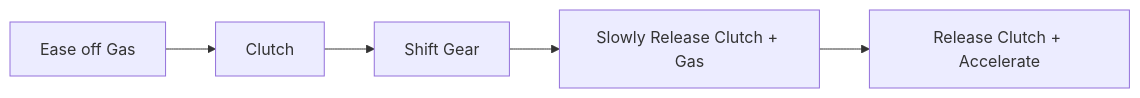
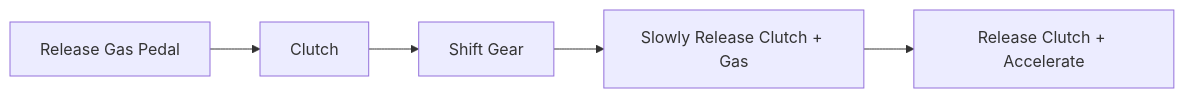
The third of 5 diagrams in notes/life-skills/driving.md (iamharryliu/vigilant-broccoli), drawn with Mermaid before and after one commit. The commit also changed other lines of this file, not shown here.

````diff
--- a/notes/life-skills/driving.md
+++ b/notes/life-skills/driving.md
@@ -27,4 +29,4 @@
 ```mermaid
 flowchart LR
-EASE_OFF_GAS[Ease off Gas]-->CLUTCH[Clutch]-->SHIFT_GEAR[Shift Gear]-->RELEASE[Slowly Release Clutch + Gas]-->RELEASE_AND_ACCELERATE[Release Clutch + Accelerate]
+RELEASE_GAS[Release Gas Pedal]-->CLUTCH[Clutch]-->SHIFT_GEAR[Shift Gear]-->RELEASE[Slowly Release Clutch + Gas]-->RELEASE_AND_ACCELERATE[Release Clutch + Accelerate]
 ```
````
